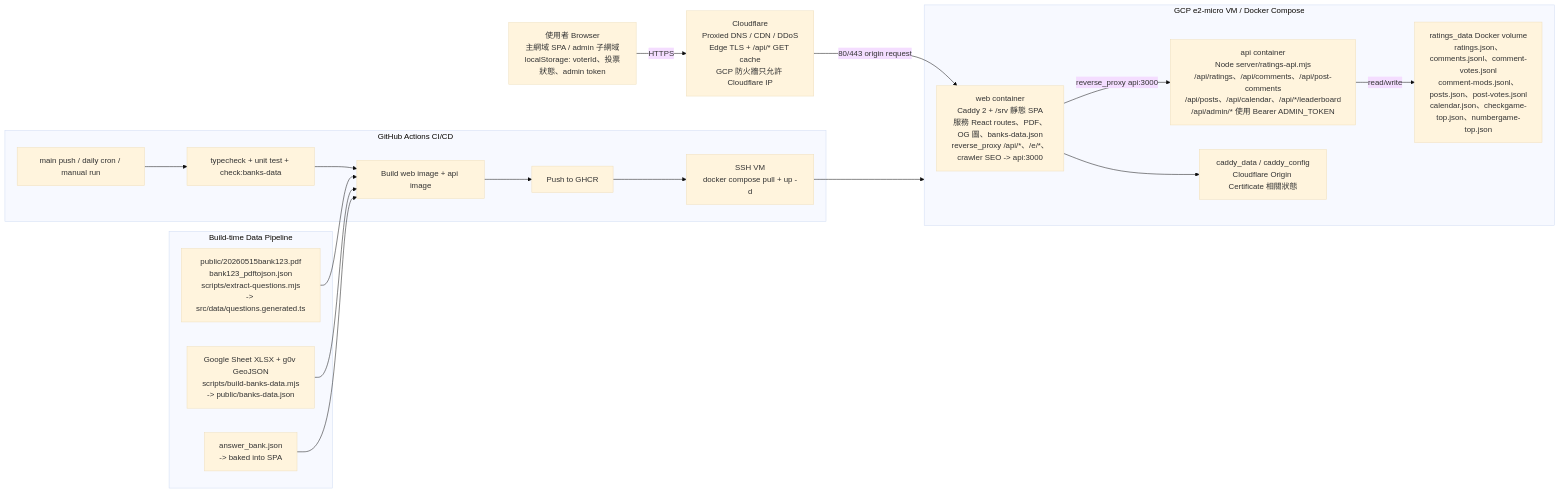
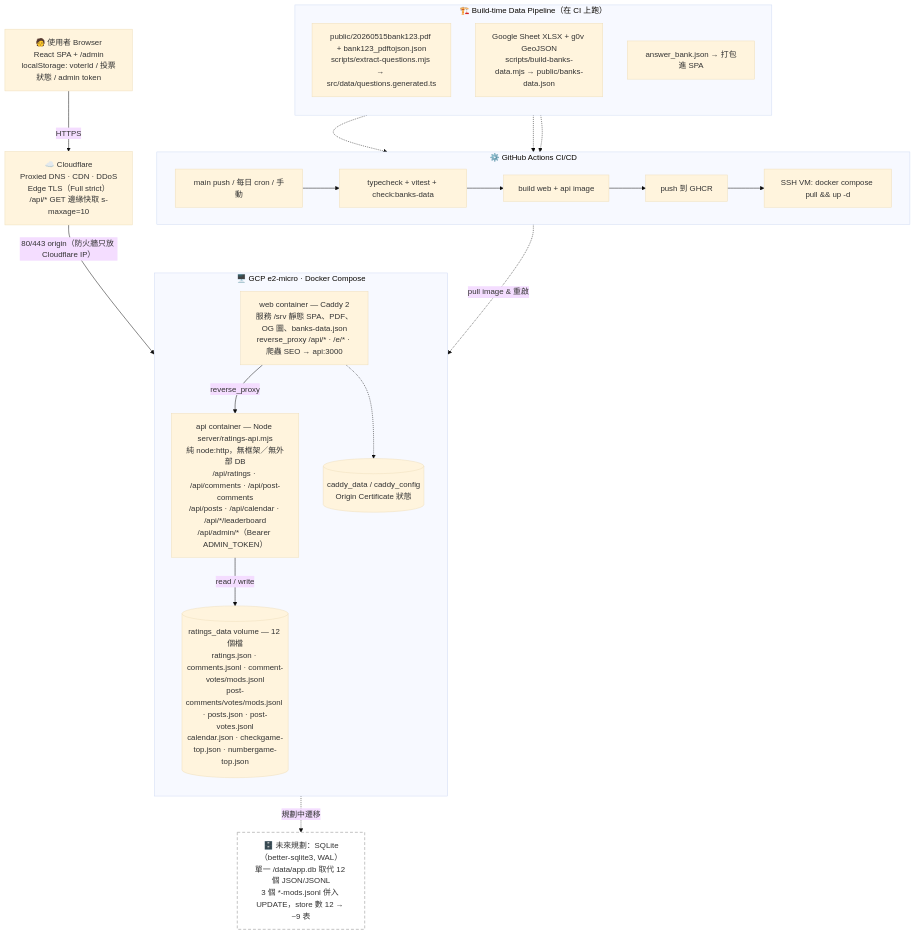
The diagram in docs/system-architecture.md (BillSavart/bank_interview123_selector), drawn with Mermaid (base theme) before and after one commit. The commit also changed other lines of this file and 6 other files, not shown here.

First line of the commit message:
feat: SQLite 遷移 Phase 0+1（schema + 一次性遷移腳本）

````diff
--- a/docs/system-architecture.md
+++ b/docs/system-architecture.md
@@ -9,37 +7,44 @@
 ```mermaid
-flowchart LR
-  user["使用者 Browser<br/>主網域 SPA / admin 子網域<br/>localStorage: voterId、投票狀態、admin token"]
-  cf["Cloudflare<br/>Proxied DNS / CDN / DDoS<br/>Edge TLS + /api/* GET cache<br/>GCP 防火牆只允許 Cloudflare IP"]
+flowchart TB
+  user["🧑 使用者 Browser<br/>React SPA + /admin<br/>localStorage: voterId / 投票狀態 / admin token"]
 
-  subgraph vm["GCP e2-micro VM / Docker Compose"]
-    web["web container<br/>Caddy 2 + /srv 靜態 SPA<br/>服務 React routes、PDF、OG 圖、banks-data.json<br/>reverse_proxy /api/*、/e/*、crawler SEO -> api:3000"]
-    api["api container<br/>Node server/ratings-api.mjs<br/>/api/ratings、/api/comments、/api/post-comments<br/>/api/posts、/api/calendar、/api/*/leaderboard<br/>/api/admin/* 使用 Bearer ADMIN_TOKEN"]
-    caddyvol["caddy_data / caddy_config<br/>Cloudflare Origin Certificate 相關狀態"]
-    datavol["ratings_data Docker volume<br/>ratings.json、comments.jsonl、comment-votes.jsonl<br/>comment-mods.jsonl、posts.json、post-votes.jsonl<br/>calendar.json、checkgame-top.json、numbergame-top.json"]
+  cf["☁️ Cloudflare<br/>Proxied DNS · CDN · DDoS<br/>Edge TLS（Full strict）<br/>/api/* GET 邊緣快取 s-maxage=10"]
+
+  subgraph vm["🖥️ GCP e2-micro · Docker Compose"]
+    direction TB
+    web["web container — Caddy 2<br/>服務 /srv 靜態 SPA、PDF、OG 圖、banks-data.json<br/>reverse_proxy /api/* · /e/* · 爬蟲 SEO → api:3000"]
+    api["api container — Node server/ratings-api.mjs<br/>純 node:http，無框架／無外部 DB<br/>/api/ratings · /api/comments · /api/post-comments<br/>/api/posts · /api/calendar · /api/*/leaderboard<br/>/api/admin/*（Bearer ADMIN_TOKEN）"]
+    caddyvol[("caddy_data / caddy_config<br/>Origin Certificate 狀態")]
+    datavol[("ratings_data volume — 12 個檔<br/>ratings.json · comments.jsonl · comment-votes/mods.jsonl<br/>post-comments/votes/mods.jsonl · posts.json · post-votes.jsonl<br/>calendar.json · checkgame-top.json · numbergame-top.json")]
   end
 
-  subgraph ci["GitHub Actions CI/CD"]
-    trigger["main push / daily cron / manual run"]
-    checks["typecheck + unit test + check:banks-data"]
-    build["Build web image + api image"]
-    ghcr["Push to GHCR"]
-    deploy["SSH VM<br/>docker compose pull + up -d"]
+  subgraph build["🏗️ Build-time Data Pipeline（在 CI 上跑）"]
+    direction TB
+    q["public/20260515bank123.pdf + bank123_pdftojson.json<br/>scripts/extract-questions.mjs → src/data/questions.generated.ts"]
+    m["Google Sheet XLSX + g0v GeoJSON<br/>scripts/build-banks-data.mjs → public/banks-data.json"]
+    a["answer_bank.json → 打包進 SPA"]
   end
 
-  subgraph data["Build-time Data Pipeline"]
-    questions["public/20260515bank123.pdf<br/>bank123_pdftojson.json<br/>scripts/extract-questions.mjs<br/>-> src/data/questions.generated.ts"]
-    mapdata["Google Sheet XLSX + g0v GeoJSON<br/>scripts/build-banks-data.mjs<br/>-> public/banks-data.json"]
-    answers["answer_bank.json<br/>-> baked into SPA"]
+  subgraph ci["⚙️ GitHub Actions CI/CD"]
+    direction LR
+    t["main push / 每日 cron / 手動"] --> c["typecheck + vitest + check:banks-data"] --> b["build web + api image"] --> g["push 到 GHCR"] --> d["SSH VM: docker compose pull && up -d"]
   end
 
+  future["🗄️ 未來規劃：SQLite（better-sqlite3, WAL）<br/>單一 /data/app.db 取代 12 個 JSON/JSONL<br/>3 個 *-mods.jsonl 併入 UPDATE，store 數 12 → ~9 表"]
+
   user -->|HTTPS| cf
-  cf -->|80/443 origin request| web
-  web -->|reverse_proxy api:3000| api
-  api -->|read/write| datavol
-  web --> caddyvol
+  cf -->|"80/443 origin（防火牆只放 Cloudflare IP）"| web
+  web -->|reverse_proxy| api
+  api -->|read / write| datavol
+  web -.-> caddyvol
 
-  trigger --> checks --> build --> ghcr --> deploy --> vm
-  questions --> build
-  mapdata --> build
-  answers --> build
+  q -.-> b
+  m -.-> b
+  a -.-> b
+  d -.->|pull image & 重啟| vm
+
+  datavol -.->|"規劃中遷移"| future
+
+  classDef plan stroke-dasharray:6 4,stroke:#888,fill:transparent;
+  class future plan;
 ```
````
